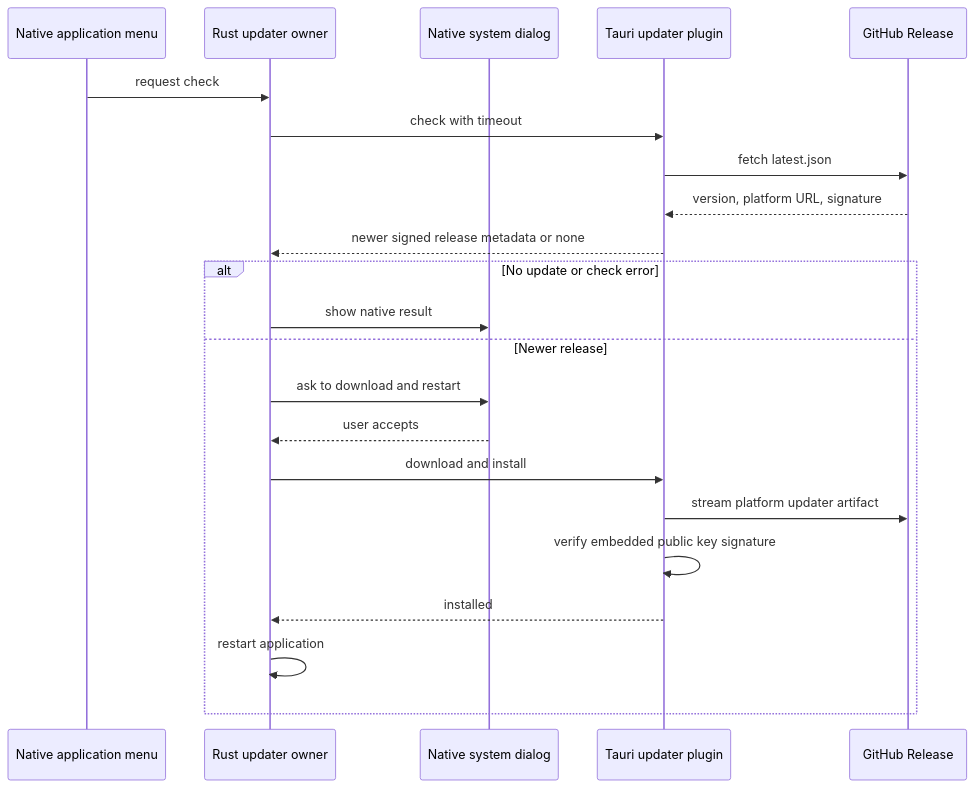
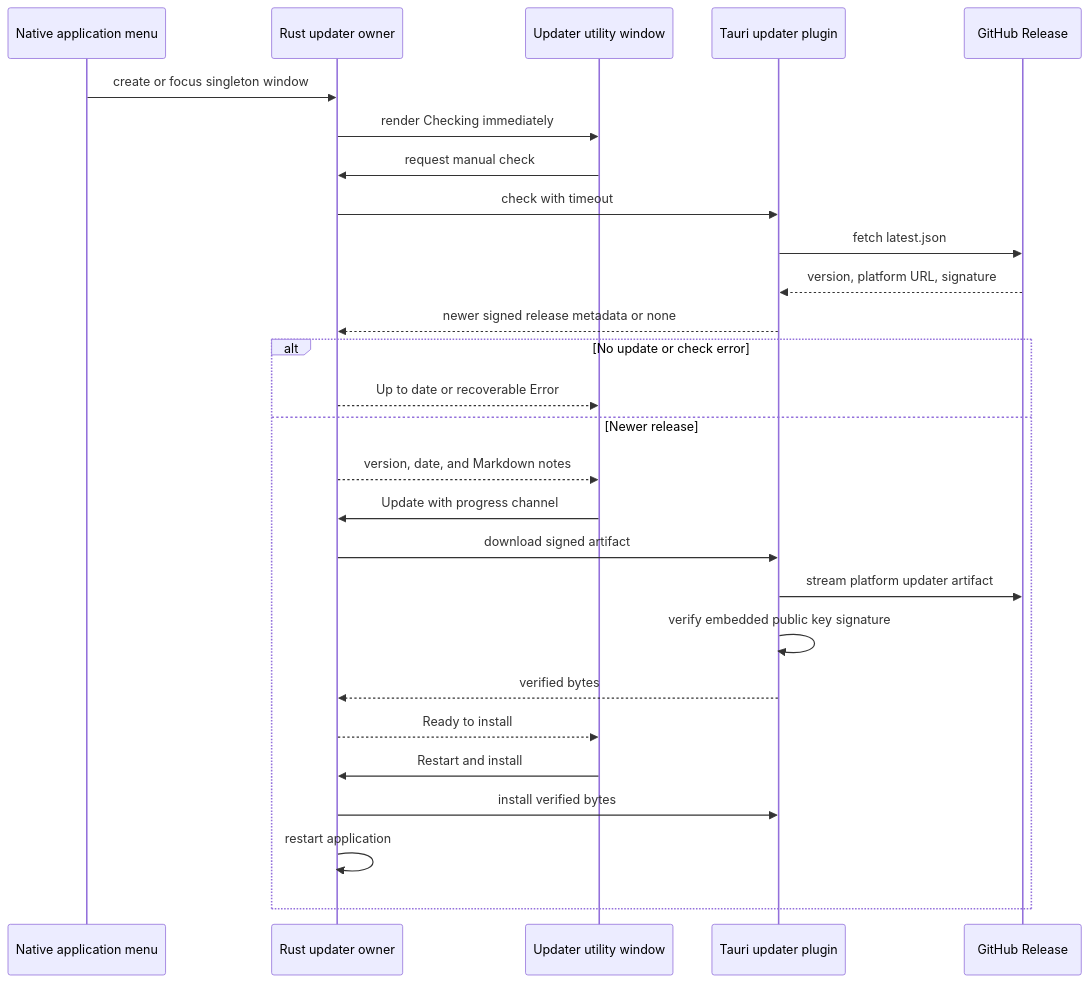
One commit to Australian-Text-Analytics-Platform/ldaca_web_app changed the second of 2 diagrams in docs/architecture/frontend/desktop.md. Above: the diagram before and after it, drawn with Mermaid. The commit also changed other lines of this file and 19 other files, not shown here.

Commit message:
feat(desktop): add unified updater window

````diff
--- a/docs/architecture/frontend/desktop.md
+++ b/docs/architecture/frontend/desktop.md
@@ -164,25 +173,30 @@
 ```mermaid
 sequenceDiagram
     participant Menu as Native application menu
     participant Rust as Rust updater owner
-    participant Dialog as Native system dialog
+    participant Window as Updater utility window
     participant Plugin as Tauri updater plugin
     participant Release as GitHub Release
 
-    Menu->>Rust: request check
+    Menu->>Rust: create or focus singleton window
+    Rust->>Window: render Checking immediately
+    Window->>Rust: request manual check
     Rust->>Plugin: check with timeout
     Plugin->>Release: fetch latest.json
     Release-->>Plugin: version, platform URL, signature
     Plugin-->>Rust: newer signed release metadata or none
     alt No update or check error
-        Rust->>Dialog: show native result
+        Rust-->>Window: Up to date or recoverable Error
     else Newer release
-        Rust->>Dialog: ask to download and restart
-        Dialog-->>Rust: user accepts
-        Rust->>Plugin: download and install
+        Rust-->>Window: version, date, and Markdown notes
+        Window->>Rust: Update with progress channel
+        Rust->>Plugin: download signed artifact
         Plugin->>Release: stream platform updater artifact
         Plugin->>Plugin: verify embedded public key signature
-        Plugin-->>Rust: installed
+        Plugin-->>Rust: verified bytes
+        Rust-->>Window: Ready to install
+        Window->>Rust: Restart and install
+        Rust->>Plugin: install verified bytes
         Rust->>Rust: restart application
     end
 ```
````
